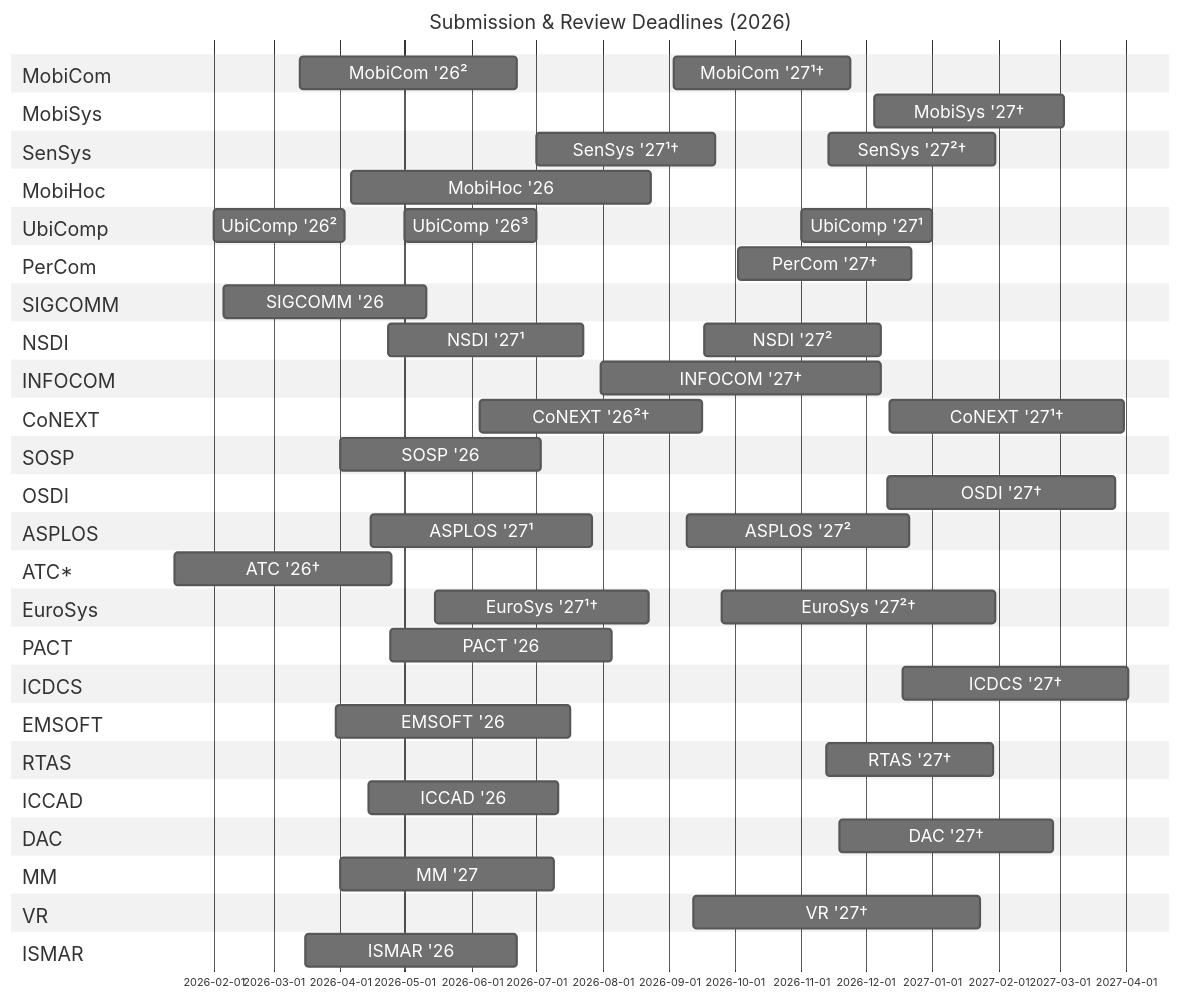
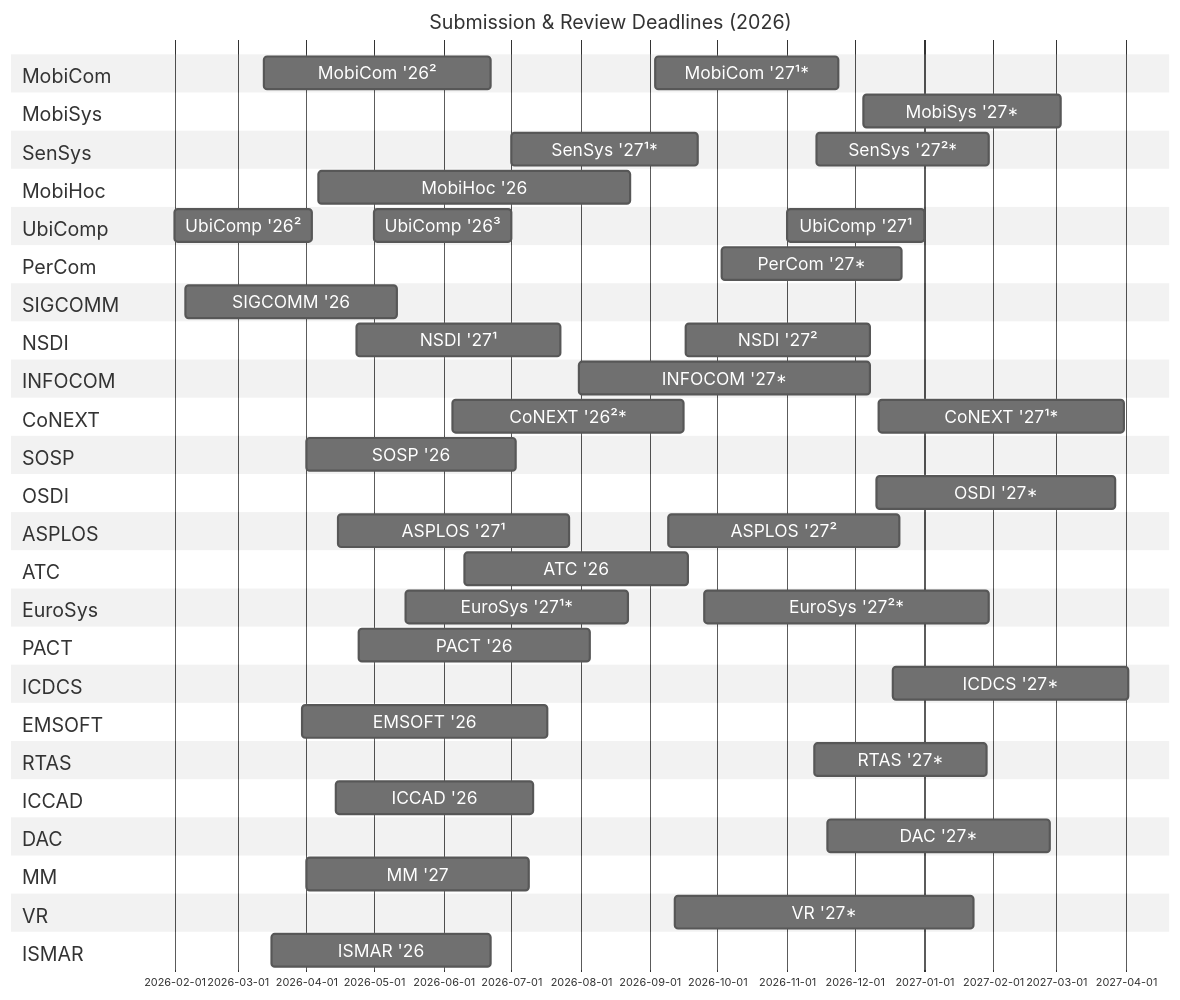
The diagram in README.md (iamseonghoon/Mobile-Systems-Conference-Deadlines), drawn with Mermaid before and after one commit. The commit also changed other lines of this file, not shown here.

```diff
--- a/README.md
+++ b/README.md
@@ -26,14 +26,14 @@
     %% --------------------------
     section MobiCom
     MobiCom '26² :mobicom26-review2, 2026-03-13, 101d
-    MobiCom '27¹† :mobicom27-review1, 2026-09-03, 82d
+    MobiCom '27¹* :mobicom27-review1, 2026-09-03, 82d
 
     section MobiSys
-    MobiSys '27† :mobisys27-review, 2026-12-05, 88d
+    MobiSys '27* :mobisys27-review, 2026-12-05, 88d
 
     section SenSys
-    SenSys '27¹† :sensys27-review1, 2026-07-01, 83d
-    SenSys '27²† :sensys27-review2, 2026-11-14, 77d
+    SenSys '27¹* :sensys27-review1, 2026-07-01, 83d
+    SenSys '27²* :sensys27-review2, 2026-11-14, 77d
 
     section MobiHoc
     MobiHoc '26 :mobihoc26-review, 2026-04-06, 139d
@@ -44,7 +44,7 @@
     UbiComp '27¹ :ubicomp27-review1, 2026-11-01, 61d
 
     section PerCom
-    PerCom '27† :percom27-review, 2026-10-03, 80d
+    PerCom '27* :percom27-review, 2026-10-03, 80d
 
     %% --------------------------
     %% Network
@@ -57,11 +57,11 @@
     NSDI '27² :nsdi27-review2, 2026-09-17, 82d
 
     section INFOCOM
-    INFOCOM '27† :infocom27-review, 2026-07-31, 130d
+    INFOCOM '27* :infocom27-review, 2026-07-31, 130d
 
     section CoNEXT
-    CoNEXT '27¹† :conext27-review1, 2026-12-12, 109d
-    CoNEXT '26²† :conext26-review2, 2026-06-05, 103d
+    CoNEXT '27¹* :conext27-review1, 2026-12-12, 109d
+    CoNEXT '26²* :conext26-review2, 2026-06-05, 103d
 
     %% --------------------------
     %% OS, CA
@@ -70,24 +70,24 @@
     SOSP '26 :sosp26-review, 2026-04-01, 93d
 
     section OSDI
-    OSDI '27† :osdi27-review, 2026-12-11, 106d
+    OSDI '27* :osdi27-review, 2026-12-11, 106d
 
     section ASPLOS
     ASPLOS '27¹ :asplos27-review1, 2026-04-15, 103d
     ASPLOS '27² :asplos27-review2, 2026-09-09, 103d
 
-    section ATC*
-    ATC '26† :atc26-review, 2026-01-14, 101d
+    section ATC
+    ATC '26 :atc26-review, 2026-06-10, 100d
 
     section EuroSys
-    EuroSys '27¹† :eurosys27-review1, 2026-05-15, 99d
-    EuroSys '27²† :eurosys27-review2, 2026-09-25, 127d
+    EuroSys '27¹* :eurosys27-review1, 2026-05-15, 99d
+    EuroSys '27²* :eurosys27-review2, 2026-09-25, 127d
 
     section PACT
     PACT '26 :pact26-review, 2026-04-24, 103d
 
     section ICDCS
-    ICDCS '27† :icdcs27-review, 2026-12-18, 105d
+    ICDCS '27* :icdcs27-review, 2026-12-18, 105d
 
     %% --------------------------
     %% Embedded / EDA
@@ -96,13 +96,13 @@
     EMSOFT '26 :emsoft26-review, 2026-03-30, 109d
 
     section RTAS
-    RTAS '27† :rtas27-review, 2026-11-13, 77d
+    RTAS '27* :rtas27-review, 2026-11-13, 77d
 
     section ICCAD
     ICCAD '26 :iccad26-review, 2026-04-14, 88d
 
     section DAC
-    DAC '27† :dac27-review, 2026-11-19, 99d
+    DAC '27* :dac27-review, 2026-11-19, 99d
 
     %% --------------------------
     %% Multimedia
@@ -111,7 +111,7 @@
     MM '27 :mm27-review, 2026-04-01, 99d
 
     section VR
-    VR '27† :vr27-review, 2026-09-12, 133d
+    VR '27* :vr27-review, 2026-09-12, 133d
 
     section ISMAR
     ISMAR '26 :ismar26-review, 2026-03-16, 98d
```
